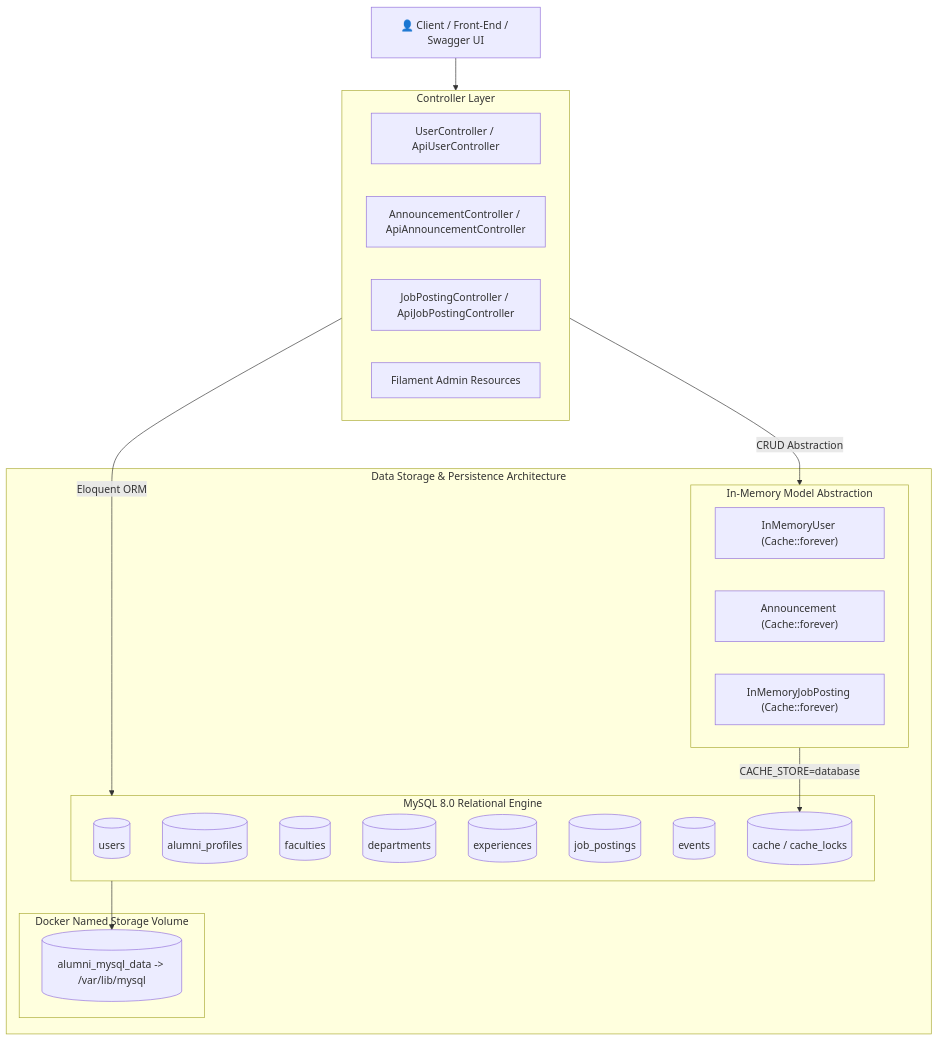
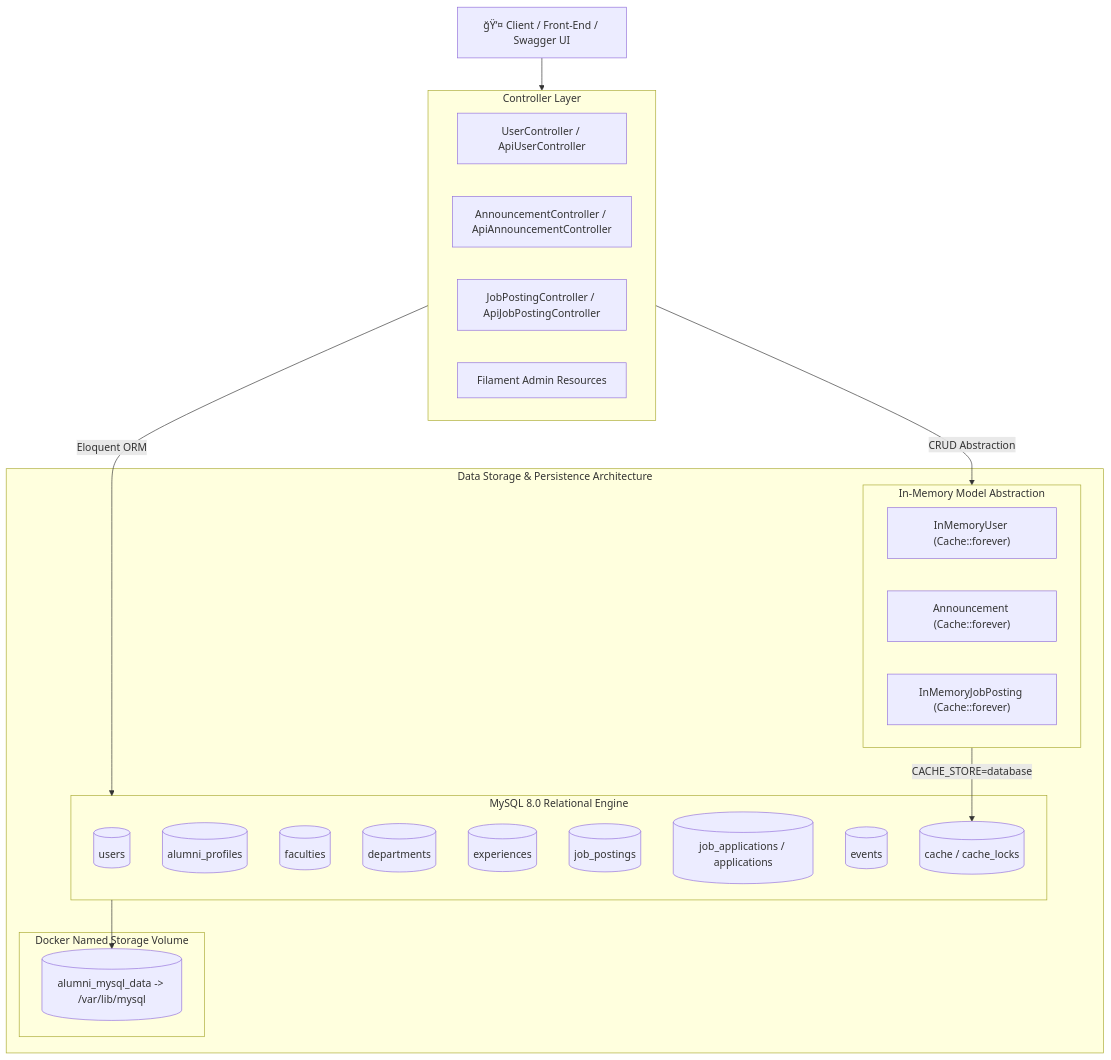
Before and after one commit to gamze-sueda-akpinar/alumni: the first of 6 diagrams in add.md, drawn with Mermaid. The commit also changed other lines of this file and 10 other files, not shown here.

Commit message:
feat(applications): Implement applications table (1-4 pipeline: docs, migration, models, direct/nested routes)

````diff
--- a/add.md
+++ b/add.md
@@ -44,40 +46,41 @@
 ```mermaid
 flowchart TD
-    Client["👤 Client / Front-End / Swagger UI"]
+    Client["ğŸ‘¤ Client / Front-End / Swagger UI"]
 
     subgraph Controllers["Controller Layer"]
         UserCtrl["UserController / ApiUserController"]
         AnnounceCtrl["AnnouncementController / ApiAnnouncementController"]
         JobCtrl["JobPostingController / ApiJobPostingController"]
         FilamentRes["Filament Admin Resources"]
     end
 
     subgraph StorageLayer["Data Storage & Persistence Architecture"]
         subgraph MySQLDB["MySQL 8.0 Relational Engine"]
             UsersTable[("users")]
             ProfilesTable[("alumni_profiles")]
             FacultiesTable[("faculties")]
             DeptsTable[("departments")]
             ExpTable[("experiences")]
             JobsTable[("job_postings")]
+            ApplicationsTable[("job_applications / applications")]
             EventsTable[("events")]
             CacheTable[("cache / cache_locks")]
         end
 
         subgraph InMemoryLayer["In-Memory Model Abstraction"]
             IM_User["InMemoryUser (Cache::forever)"]
             IM_Announce["Announcement (Cache::forever)"]
             IM_Jobs["InMemoryJobPosting (Cache::forever)"]
         end
 
         subgraph DockerVolume["Docker Named Storage Volume"]
             Volume[("alumni_mysql_data -> /var/lib/mysql")]
         end
     end
 
     Client --> Controllers
     Controllers -->|"Eloquent ORM"| MySQLDB
     Controllers -->|"CRUD Abstraction"| InMemoryLayer
     InMemoryLayer -->|"CACHE_STORE=database"| CacheTable
     MySQLDB --> Volume
 ```
````
